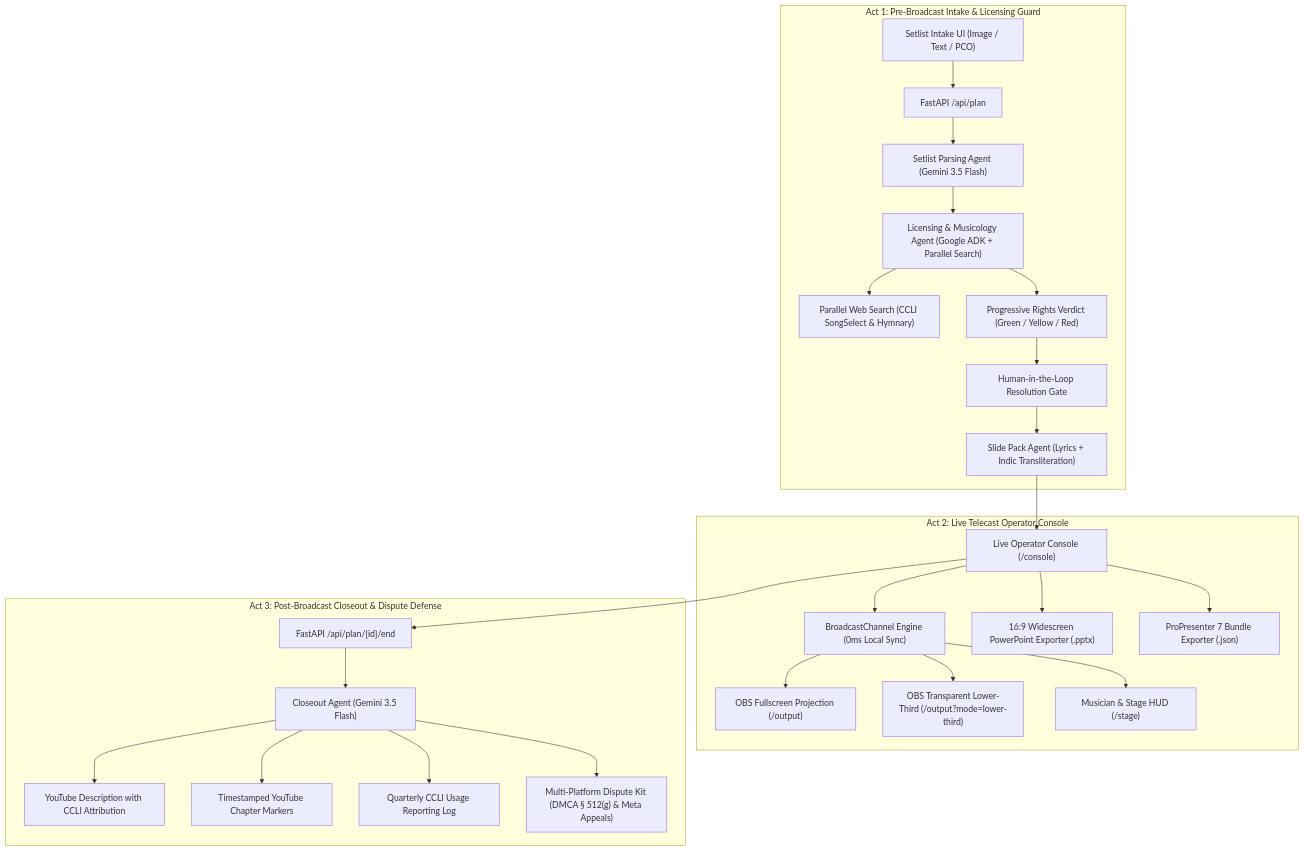
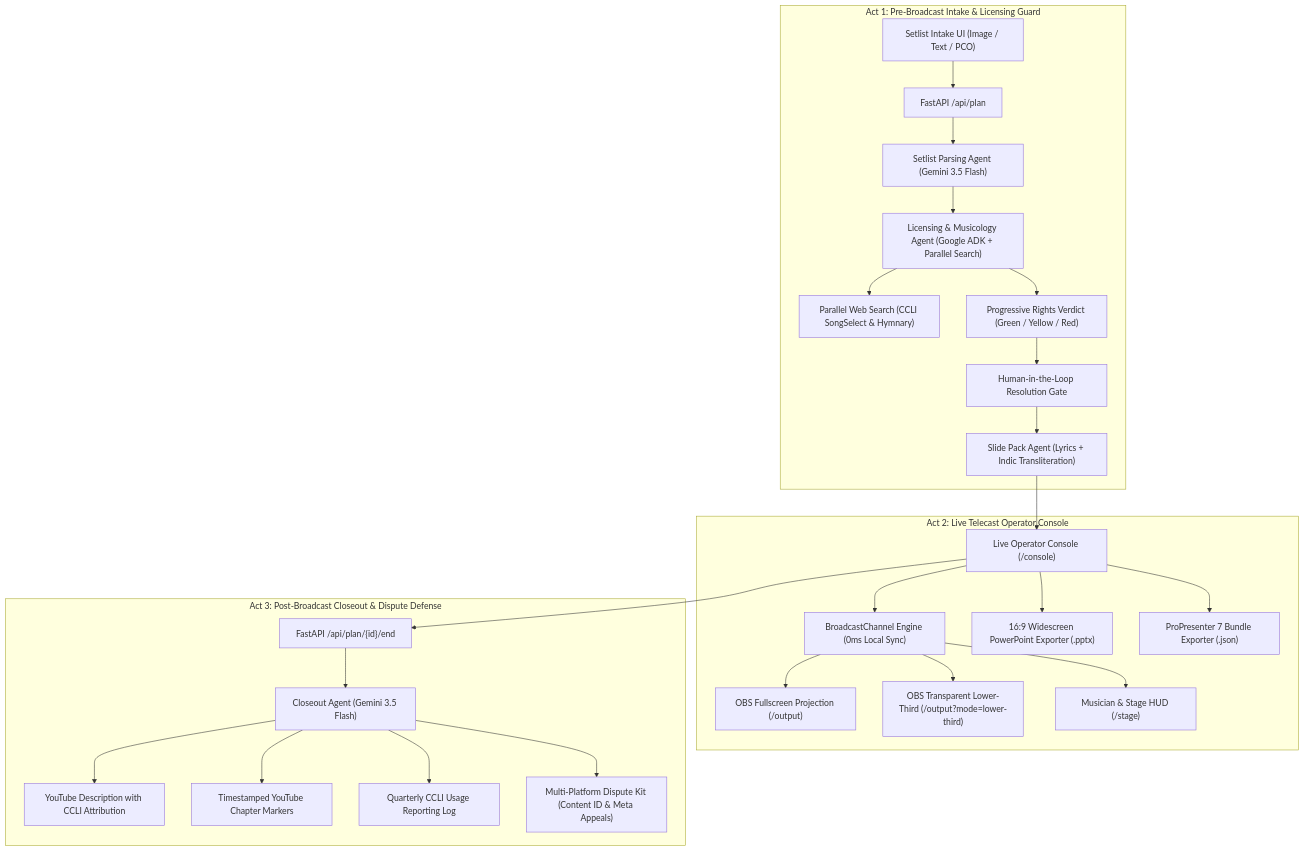
One commit to N-45div/Selah changed the first of 5 diagrams in ARCHITECTURE.md. Above: the diagram before and after it, drawn with Mermaid. The commit also changed other lines of this file and 4 other files, not shown here.

Commit message:
fix(compliance): prevent false streaming license assertions in disputes, gate closeout route, and fix DMCA naming

````diff
--- a/ARCHITECTURE.md
+++ b/ARCHITECTURE.md
@@ -9,31 +9,31 @@
 ```mermaid
 graph TD
     subgraph "Act 1: Pre-Broadcast Intake & Licensing Guard"
         UI_In["Setlist Intake UI (Image / Text / PCO)"] --> API_Plan["FastAPI /api/plan"]
         API_Plan --> SetlistAgent["Setlist Parsing Agent (Gemini 3.5 Flash)"]
         SetlistAgent --> LicAgent["Licensing & Musicology Agent (Google ADK + Parallel Search)"]
         LicAgent --> CCLI_DB["Parallel Web Search (CCLI SongSelect & Hymnary)"]
         LicAgent --> GuardVerdict["Progressive Rights Verdict (Green / Yellow / Red)"]
         GuardVerdict --> HumanInLoop["Human-in-the-Loop Resolution Gate"]
         HumanInLoop --> PackAgent["Slide Pack Agent (Lyrics + Indic Transliteration)"]
     end
 
     subgraph "Act 2: Live Telecast Operator Console"
         PackAgent --> LiveConsole["Live Operator Console (/console)"]
         LiveConsole --> BC_Chan["BroadcastChannel Engine (0ms Local Sync)"]
         BC_Chan --> OutputScreen["OBS Fullscreen Projection (/output)"]
         BC_Chan --> LowerThird["OBS Transparent Lower-Third (/output?mode=lower-third)"]
         BC_Chan --> StageHUD["Musician & Stage HUD (/stage)"]
         LiveConsole --> PPTX["16:9 Widescreen PowerPoint Exporter (.pptx)"]
         LiveConsole --> Pro7["ProPresenter 7 Bundle Exporter (.json)"]
     end
 
     subgraph "Act 3: Post-Broadcast Closeout & Dispute Defense"
         LiveConsole --> CloseoutAPI["FastAPI /api/plan/{id}/end"]
         CloseoutAPI --> CloseoutAgent["Closeout Agent (Gemini 3.5 Flash)"]
         CloseoutAgent --> YT_Desc["YouTube Description with CCLI Attribution"]
         CloseoutAgent --> Chapters["Timestamped YouTube Chapter Markers"]
         CloseoutAgent --> CCLI_Log["Quarterly CCLI Usage Reporting Log"]
-        CloseoutAgent --> DisputeKit["Multi-Platform Dispute Kit (DMCA § 512(g) & Meta Appeals)"]
+        CloseoutAgent --> DisputeKit["Multi-Platform Dispute Kit (Content ID & Meta Appeals)"]
     end
 ```
````
